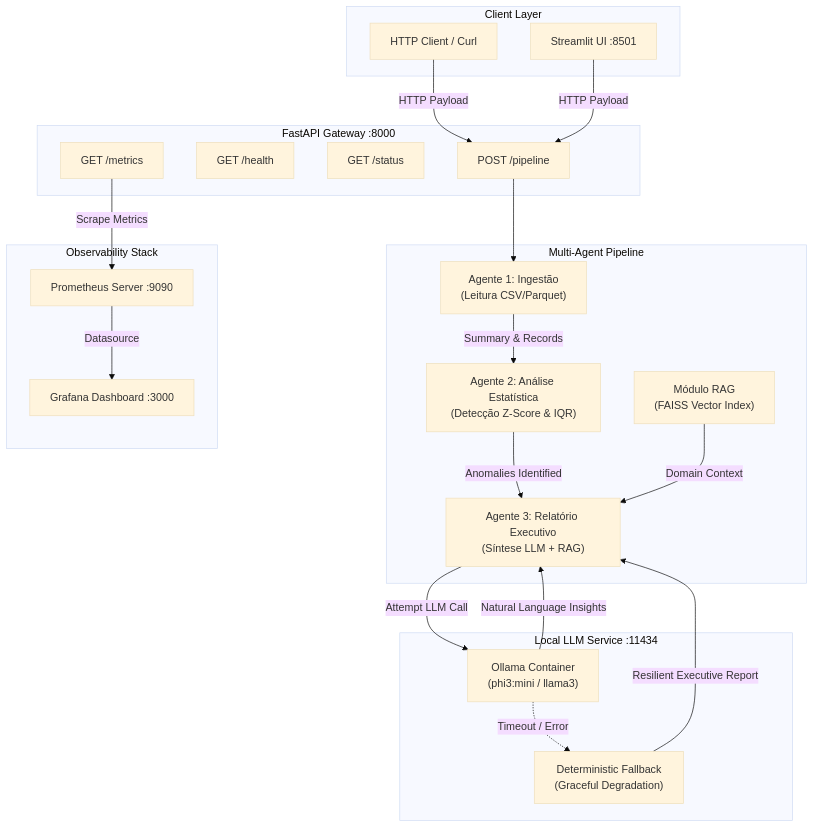
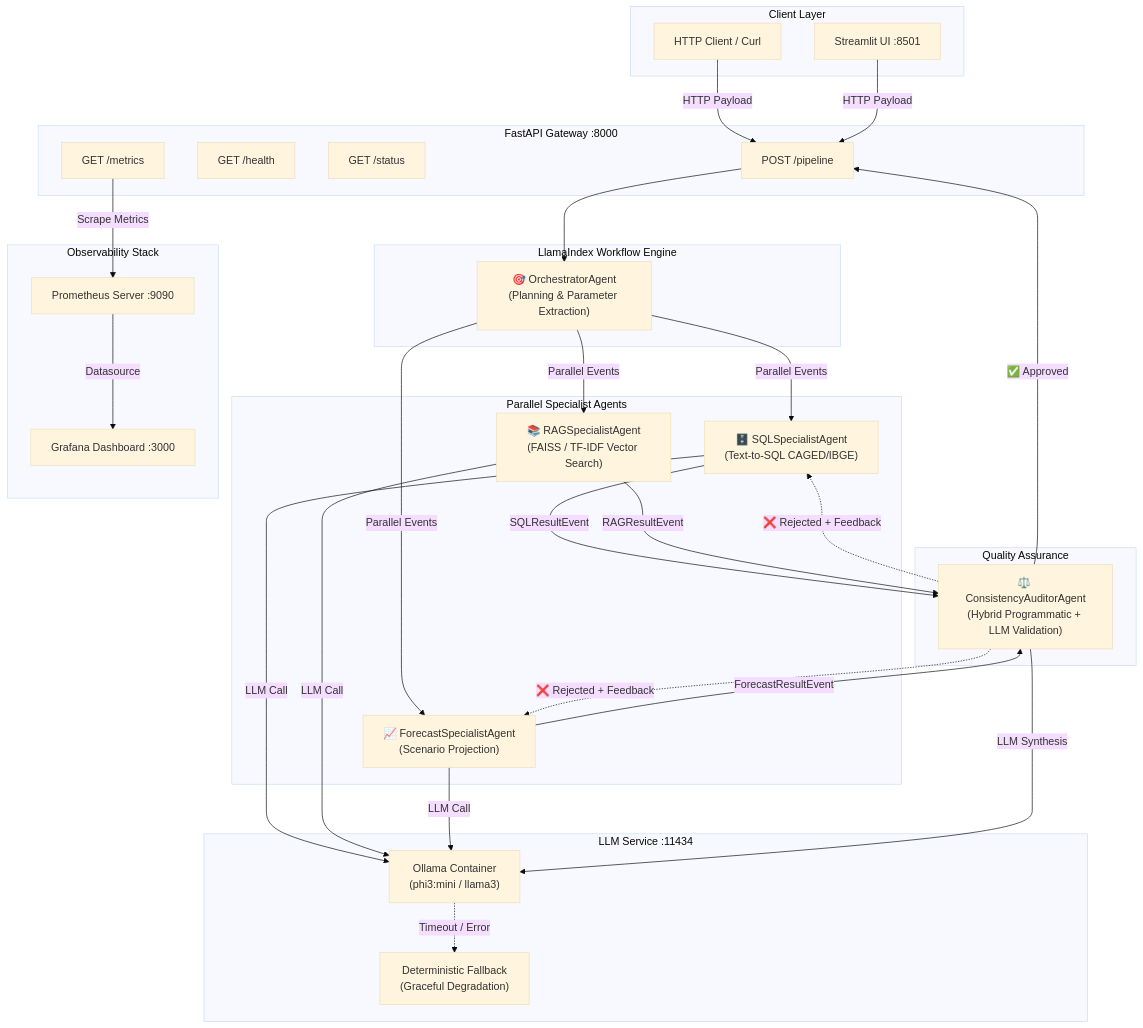
The diagram in README.md (p-esteves/industrial-intelligence-ecosystem), drawn with Mermaid (base theme) before and after one commit. The commit also changed other lines of this file and 6 other files, not shown here.

Commit message:
refactor: rename mock data module to synthetic data generator and update architecture docs

````diff
--- a/README.md
+++ b/README.md
@@ -60,47 +60,63 @@
 ```mermaid
 flowchart TD
     subgraph Client ["Client Layer"]
         CLI[HTTP Client / Curl]
         STUI[Streamlit UI :8501]
     end
 
     subgraph API ["FastAPI Gateway :8000"]
         POSTP["POST /pipeline"]
         GETH["GET /health"]
         GETS["GET /status"]
         GETM["GET /metrics"]
     end
 
-    subgraph Pipeline ["Multi-Agent Pipeline"]
-        A1["Agente 1: Ingestão\n(Leitura CSV/Parquet)"]
-        A2["Agente 2: Análise Estatística\n(Detecção Z-Score & IQR)"]
-        A3["Agente 3: Relatório Executivo\n(Síntese LLM + RAG)"]
-        RAG["Módulo RAG\n(FAISS Vector Index)"]
+    subgraph Orchestration ["LlamaIndex Workflow Engine"]
+        ORCH["🎯 OrchestratorAgent\n(Planning & Parameter Extraction)"]
     end
 
-    subgraph LocalLLM ["Local LLM Service :11434"]
+    subgraph Specialists ["Parallel Specialist Agents"]
+        SQL["🗄️ SQLSpecialistAgent\n(Text-to-SQL CAGED/IBGE)"]
+        RAG["📚 RAGSpecialistAgent\n(FAISS / TF-IDF Vector Search)"]
+        FORE["📈 ForecastSpecialistAgent\n(Scenario Projection)"]
+    end
+
+    subgraph QA ["Quality Assurance"]
+        AUDIT["⚖️ ConsistencyAuditorAgent\n(Hybrid Programmatic + LLM Validation)"]
+    end
+
+    subgraph LLM ["LLM Service :11434"]
         OLLAMA["Ollama Container\n(phi3:mini / llama3)"]
         FALLBACK["Deterministic Fallback\n(Graceful Degradation)"]
     end
 
     subgraph Observability ["Observability Stack"]
         PROM["Prometheus Server :9090"]
         GRAF["Grafana Dashboard :3000"]
     end
 
     CLI -->|HTTP Payload| POSTP
     STUI -->|HTTP Payload| POSTP
 
-    POSTP --> A1
-    A1 -->|Summary & Records| A2
-    A2 -->|Anomalies Identified| A3
-    RAG -->|Domain Context| A3
+    POSTP --> ORCH
+    ORCH -->|"Parallel Events"| SQL
+    ORCH -->|"Parallel Events"| RAG
+    ORCH -->|"Parallel Events"| FORE
 
-    A3 -->|Attempt LLM Call| OLLAMA
+    SQL -->|SQLResultEvent| AUDIT
+    RAG -->|RAGResultEvent| AUDIT
+    FORE -->|ForecastResultEvent| AUDIT
+
+    AUDIT -->|"✅ Approved"| POSTP
+    AUDIT -.->|"❌ Rejected + Feedback"| SQL
+    AUDIT -.->|"❌ Rejected + Feedback"| FORE
+
+    SQL -->|LLM Call| OLLAMA
+    RAG -->|LLM Call| OLLAMA
+    FORE -->|LLM Call| OLLAMA
+    AUDIT -->|LLM Synthesis| OLLAMA
     OLLAMA -.->|Timeout / Error| FALLBACK
-    FALLBACK -->|Resilient Executive Report| A3
-    OLLAMA -->|Natural Language Insights| A3
 
     GETM -->|Scrape Metrics| PROM
     PROM -->|Datasource| GRAF
 ```
````
